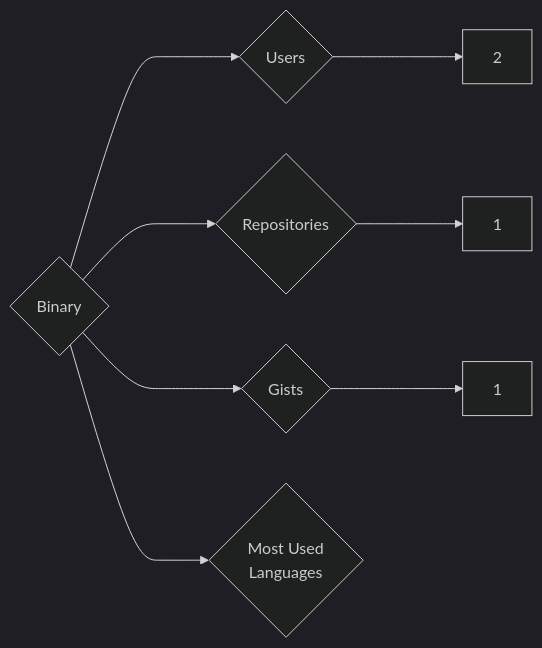
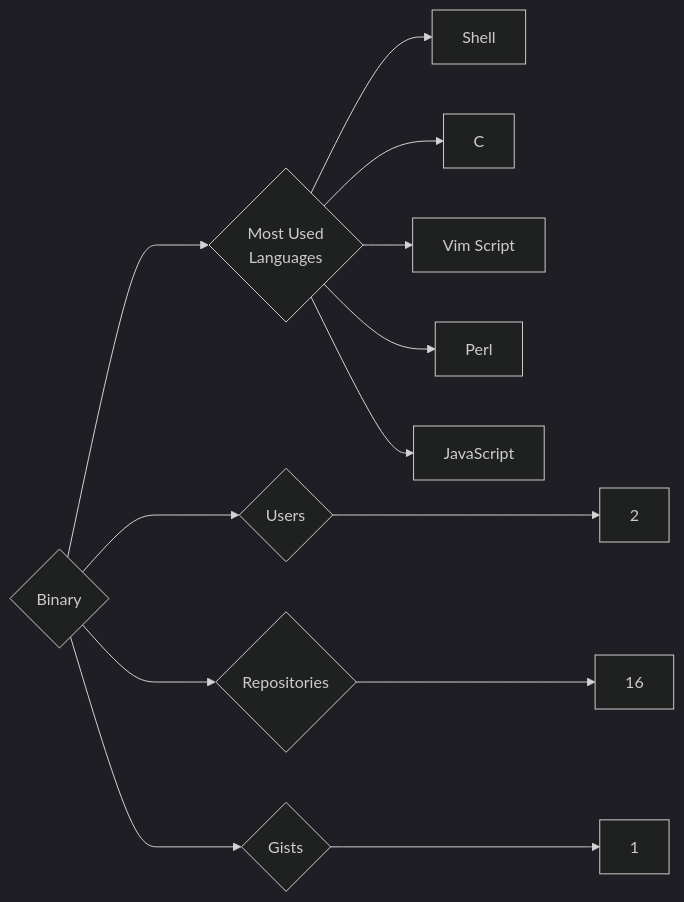
One commit to trickest/insiders changed the diagram in targets/Binary/README.md. Above: the diagram before and after it, drawn with Mermaid (dark theme). The commit also changed 715 other files, not shown here.

````diff
--- a/targets/Binary/README.md
+++ b/targets/Binary/README.md
@@ -3,8 +3,13 @@
 ```mermaid
 graph LR
 COMPANY_NAME{Binary}
 COMPANY_NAME ---> U{Users} ---> UN[2]
-COMPANY_NAME ---> R{Repositories} ---> RN[1]
+COMPANY_NAME ---> R{Repositories} ---> RN[16]
 COMPANY_NAME ---> G{Gists} ---> GN[1]
 COMPANY_NAME ---> ML{Most Used<br>Languages}
+ML --> Shell[Shell]
+ML --> C[C]
+ML --> Vim_Script[Vim Script]
+ML --> Perl[Perl]
+ML --> JavaScript[JavaScript]
 ```
````
